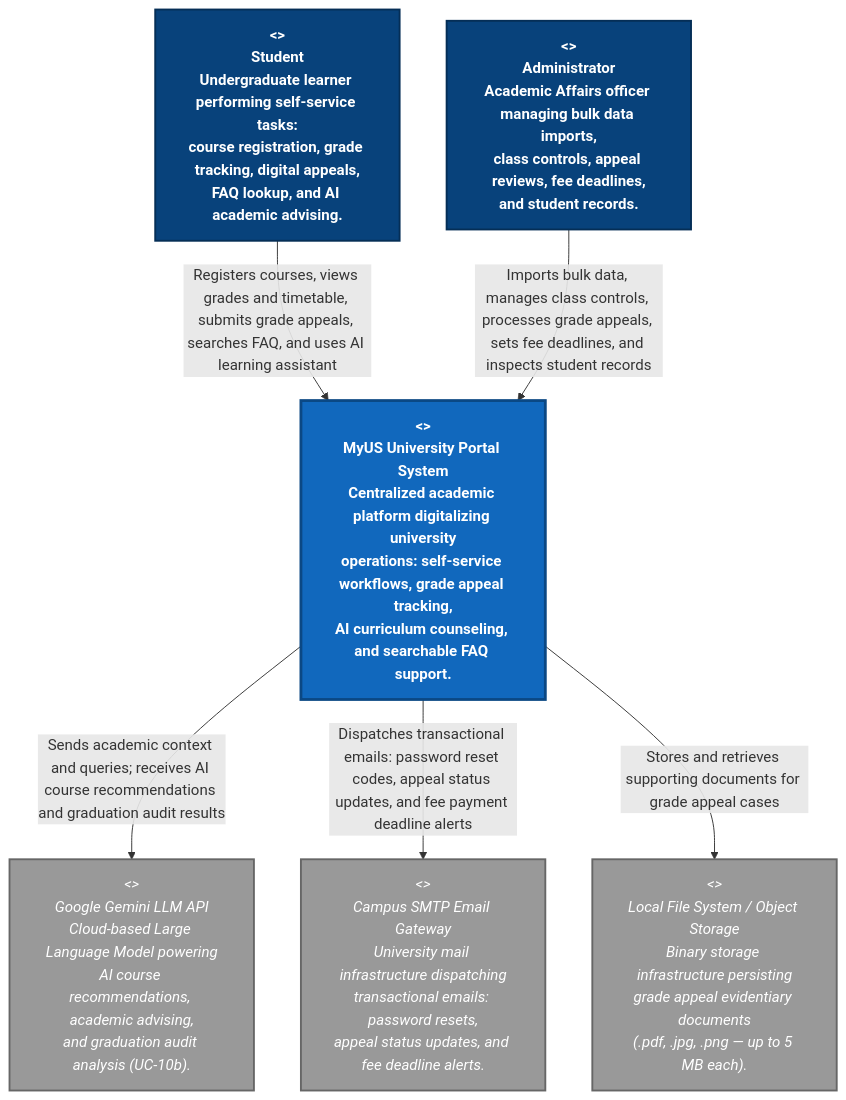
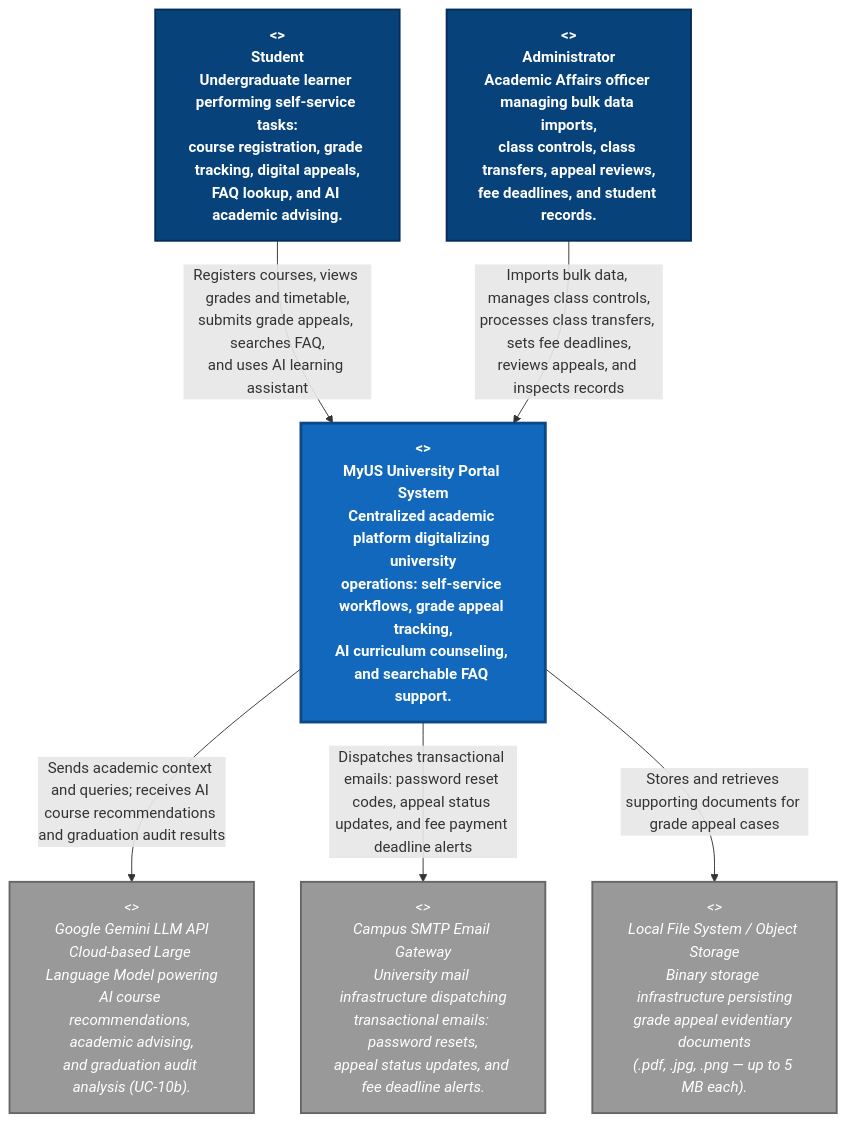
The diagram in docs/analysis-and-design/Section_B_System_Architecture.md (ltny24/Software-Engineering---Group-6), drawn with Mermaid before and after one commit. The commit also changed other lines of this file and 2 other files, not shown here.

Commit message:
docs: update architecture C4 diagrams and tables for new UC-14 Class Transfer

````diff
--- a/docs/analysis-and-design/Section_B_System_Architecture.md
+++ b/docs/analysis-and-design/Section_B_System_Architecture.md
@@ -470,30 +470,30 @@
 ```mermaid
 flowchart TB
     classDef person fill:#08427b,stroke:#052e56,stroke-width:2px,color:#ffffff,font-weight:bold
     classDef system fill:#1168bd,stroke:#0b4884,stroke-width:3px,color:#ffffff,font-weight:bold
     classDef external fill:#999999,stroke:#666666,stroke-width:2px,color:#ffffff,font-style:italic
 
     %% People — human users only (C4 Person stereotype)
     Student["<<Person>><br/>Student<br/>Undergraduate learner performing self-service tasks:<br/>course registration, grade tracking, digital appeals,<br/>FAQ lookup, and AI academic advising."]:::person
 
-    Admin["<<Person>><br/>Administrator<br/>Academic Affairs officer managing bulk data imports,<br/>class controls, appeal reviews, fee deadlines,<br/>and student records."]:::person
+    Admin["<<Person>><br/>Administrator<br/>Academic Affairs officer managing bulk data imports,<br/>class controls, class transfers, appeal reviews,<br/>fee deadlines, and student records."]:::person
 
     %% Target Software System
     MyUS["<<Software System>><br/>MyUS University Portal System<br/>Centralized academic platform digitalizing university<br/>operations: self-service workflows, grade appeal tracking,<br/>AI curriculum counseling, and searchable FAQ support."]:::system
 
     %% External Software Systems
     GeminiAI["<<External System>><br/>Google Gemini LLM API<br/>Cloud-based Large Language Model powering<br/>AI course recommendations, academic advising,<br/>and graduation audit analysis (UC-10b)."]:::external
 
     EmailGateway["<<External System>><br/>Campus SMTP Email Gateway<br/>University mail infrastructure dispatching<br/>transactional emails: password resets,<br/>appeal status updates, and fee deadline alerts."]:::external
 
     FileStorage["<<External System>><br/>Local File System / Object Storage<br/>Binary storage infrastructure persisting<br/>grade appeal evidentiary documents<br/>(.pdf, .jpg, .png — up to 5 MB each)."]:::external
 
     %% Relationships — users interact with the system
-    Student -->|"Registers courses, views grades and timetable, submits grade appeals, searches FAQ, and uses AI learning assistant"| MyUS
-    Admin -->|"Imports bulk data, manages class controls, processes grade appeals, sets fee deadlines, and inspects student records"| MyUS
+    Student -->|"Registers courses, views grades and timetable,<br/>submits grade appeals, searches FAQ,<br/>and uses AI learning assistant"| MyUS
+    Admin -->|"Imports bulk data, manages class controls,<br/>processes class transfers, sets fee deadlines,<br/>reviews appeals, and inspects records"| MyUS
 
     %% Relationships — system uses external services
     MyUS -->|"Sends academic context and queries; receives AI course recommendations and graduation audit results"| GeminiAI
     MyUS -->|"Dispatches transactional emails: password reset codes, appeal status updates, and fee payment deadline alerts"| EmailGateway
     MyUS -->|"Stores and retrieves supporting documents for grade appeal cases"| FileStorage
 ```
````
